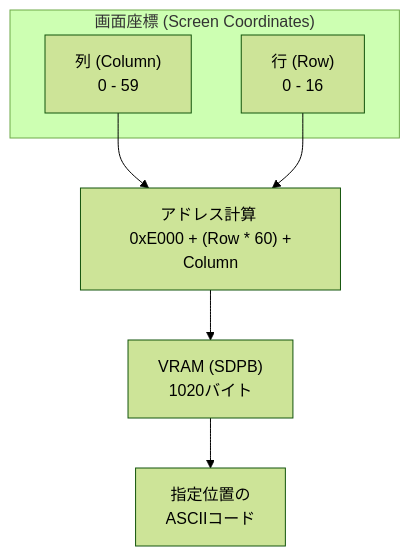
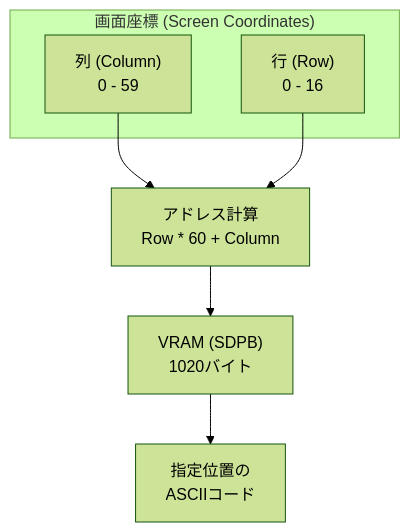
One commit to sokoide/tangnano_6502_cpu changed the first of 2 diagrams in day04/README_ja.md. Above: the diagram before and after it, drawn with Mermaid (forest theme). The commit also changed other lines of this file and 151 other files, not shown here.

````diff
--- a/day04/README_ja.md
+++ b/day04/README_ja.md
@@ -51,11 +54,11 @@
 ```mermaid
 graph TD
     subgraph "画面座標 (Screen Coordinates)"
         C["列 (Column) <br/> 0 - 59"]
         R["行 (Row) <br/> 0 - 16"]
     end
-    C --> CALC["アドレス計算 <br/> 0xE000 + (Row * 60) + Column"]
+    C --> CALC["アドレス計算 <br/> Row * 60 + Column"]
     R --> CALC
     CALC --> VRAM["VRAM (SDPB) <br/> 1020バイト"]
     VRAM --> OUT["指定位置の <br/> ASCIIコード"]
 ```
````
